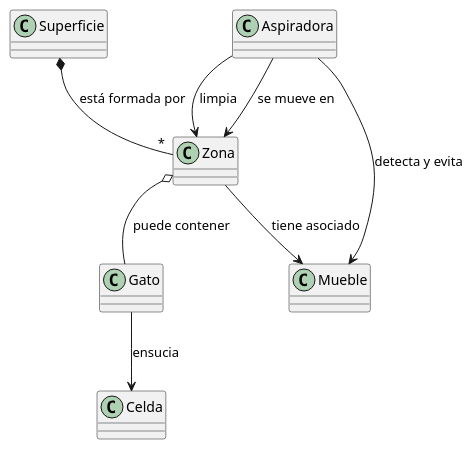
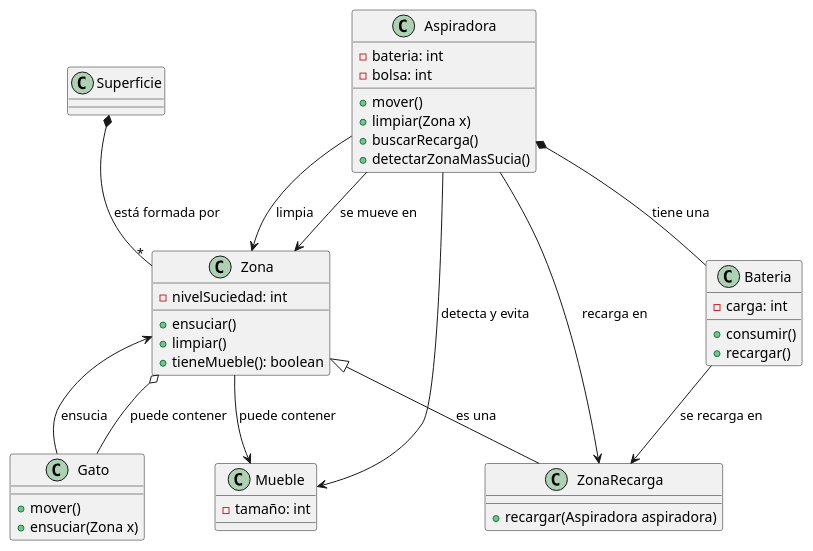
One commit to mmasias/24-25-IdSw2-SDD changed the diagram in modelosUML/DiagramaClases.puml. Above: the diagram before and after it, drawn with PlantUML. The commit also changed 23 other files, not shown here.

Commit message:
Mejora de los diagramas e implementacion del codigo sin desarrollar los metodos

```diff
--- a/modelosUML/DiagramaClases.puml
+++ b/modelosUML/DiagramaClases.puml
@@ -1,30 +1,56 @@
 @startuml
-
 class Superficie {
 }
 
+class Zona {
+  - nivelSuciedad: int
+  + ensuciar()
+  + limpiar()
+  + tieneMueble(): boolean
+}
 
-class Zona {
-   
+class ZonaRecarga {
+  + recargar(Aspiradora aspiradora)
 }
 
 class Aspiradora {
-  
+  - bateria: int
+  - bolsa: int
+  + mover()
+  + limpiar(Zona x)
+  + buscarRecarga()
+  + detectarZonaMasSucia()
+}
+
+class Bateria {
+  - carga: int
+  + consumir()
+  + recargar()
 }
 
 class Mueble {
+  - tamaño: int
 }
 
 class Gato {
+  + mover()
+  + ensuciar(Zona x)
 }
-Superficie *-- "*" Zona : "está formada por"  
-Zona o--  Gato : " puede contener"
+
+Superficie *-- "*" Zona : "está formada por"
+Zona o-- Gato : "puede contener"
+Zona <|-- ZonaRecarga : "es una"
 
 Aspiradora --> Zona : "se mueve en"
 Aspiradora --> Zona : "limpia"
 Aspiradora --> Mueble : "detecta y evita"
-Zona -->  Mueble : "tiene asociado"
+Aspiradora --> ZonaRecarga : "recarga en"
 
-Gato --> Celda : "ensucia"
+Aspiradora *-- Bateria : "tiene una"
+Bateria --> ZonaRecarga : "se recarga en"
+
+Zona --> Mueble : "puede contener"
+
+Gato --> Zona : "ensucia"
 
 @enduml
```
